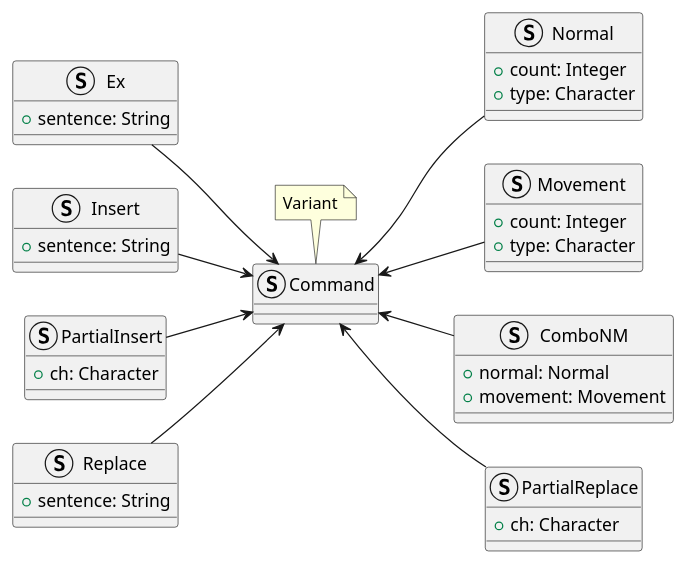
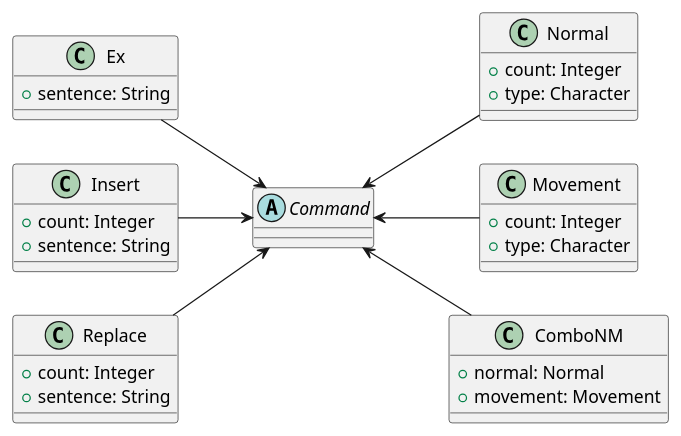
Before and after one commit to raywang999/VM: the first of 5 diagrams in uml.md, drawn with PlantUML. The commit also changed other lines of this file and 15 other files, not shown here.

Commit message:
implement o, O, uml

````diff
--- a/uml.md
+++ b/uml.md
@@ -24,40 +2,33 @@
 ```plantuml
 left to right direction
-struct Command{}
-note top of Command: Variant 
-struct Normal{
+abstract Command{}
+class Normal{
   +count: Integer
   +type: Character
 }
-struct Movement{
+class Movement{
   +count: Integer
   +type: Character
 }
-struct ComboNM{
+class ComboNM{
   +normal: Normal
   +movement: Movement
 }
-struct Ex{
+class Ex{
   +sentence: String
 }
-struct Insert{
+class Insert{
+  +count: Integer
   +sentence: String
 }
-struct PartialInsert{
-  +ch: Character
-}
-struct Replace{
+class Replace{
+  +count: Integer
   +sentence: String
-}
-struct PartialReplace{
-  +ch: Character
 }
 Command <-- Normal
 Command <-- Movement
 Command <-- ComboNM
 Ex --> Command 
 Insert --> Command 
-PartialInsert --> Command 
 Replace --> Command 
-Command <-- PartialReplace
 ```
````
